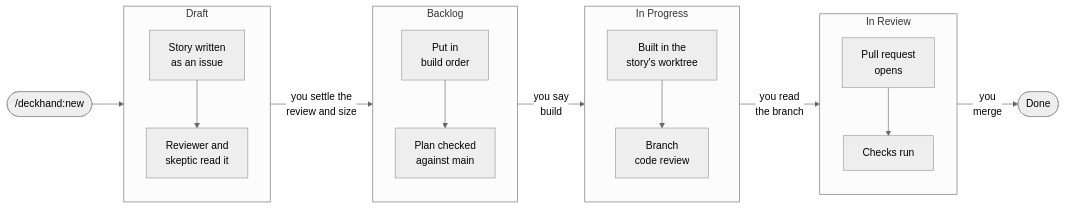
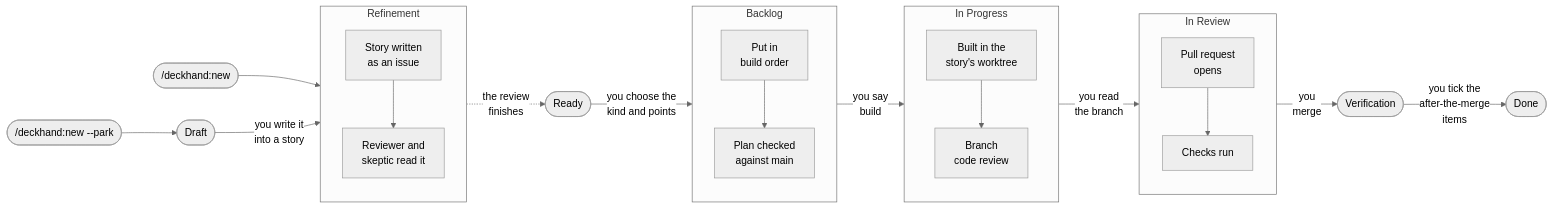
Before and after one commit to JSA-Partners/deckhand: the diagram in README.md, drawn with Mermaid (neutral theme). The commit also changed other lines of this file and 22 other files, not shown here.

````diff
--- a/README.md
+++ b/README.md
@@ -31,29 +32,33 @@
 ```mermaid
 flowchart LR
-    idea(["/deckhand:new"]) --> Draft
+    idea(["/deckhand:new"]) --> Refinement
+    parked(["/deckhand:new --park"]) --> Draft([Draft])
 
-    subgraph Draft
+    subgraph Refinement
         direction TB
-        d1[Story written<br/>as an issue] --> d2[Reviewer and<br/>skeptic read it]
+        r1[Story written<br/>as an issue] --> r2[Reviewer and<br/>skeptic read it]
     end
 
     subgraph Backlog
         direction TB
         b1[Put in<br/>build order] --> b2[Plan checked<br/>against main]
     end
 
     subgraph InProgress [In Progress]
         direction TB
         i1[Built in the<br/>story's worktree] --> i2[Branch<br/>code review]
     end
 
     subgraph InReview [In Review]
         direction TB
         p1[Pull request<br/>opens] --> p2[Checks run]
     end
 
-    Draft -->|you settle the<br/>review and size| Backlog
+    Draft -->|you write it<br/>into a story| Refinement
+    Refinement -.->|the review<br/>finishes| Ready([Ready])
+    Ready -->|you choose the<br/>kind and points| Backlog
     Backlog -->|you say<br/>build| InProgress
     InProgress -->|you read<br/>the branch| InReview
-    InReview -->|you<br/>merge| Done([Done])
+    InReview -->|you<br/>merge| Verification([Verification])
+    Verification -->|you tick the<br/>after-the-merge<br/>items| Done([Done])
 ```
````
